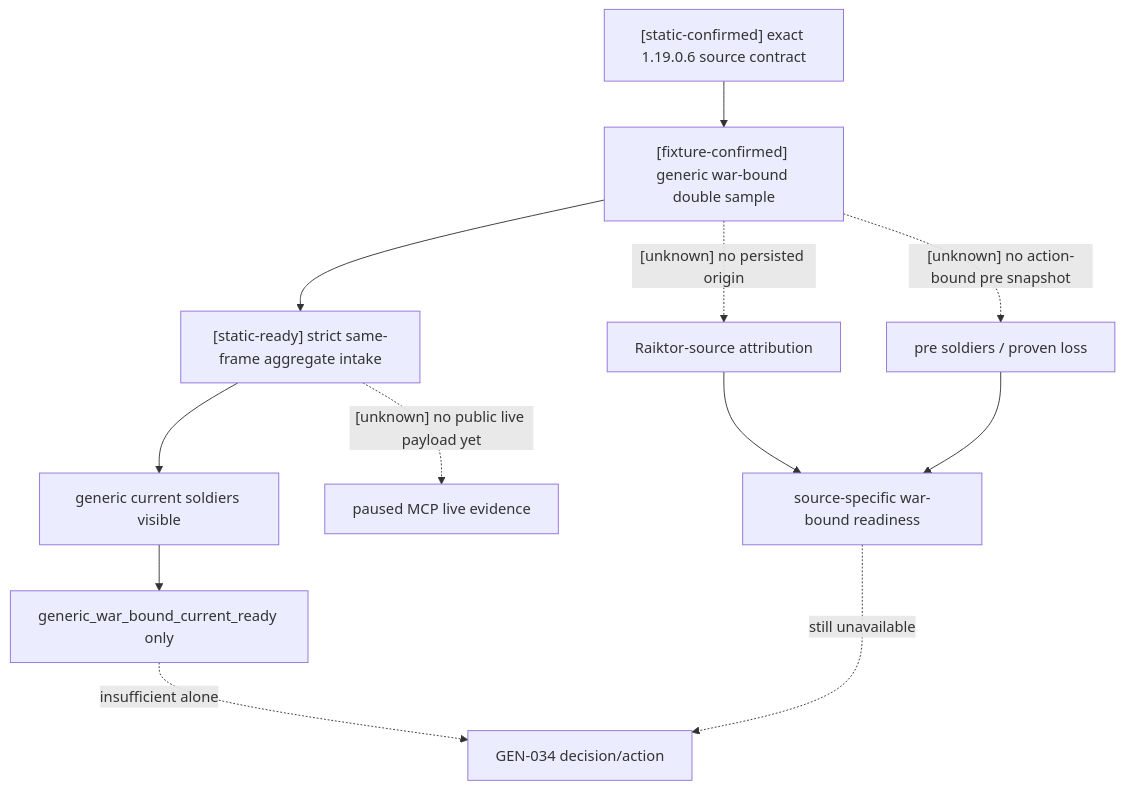
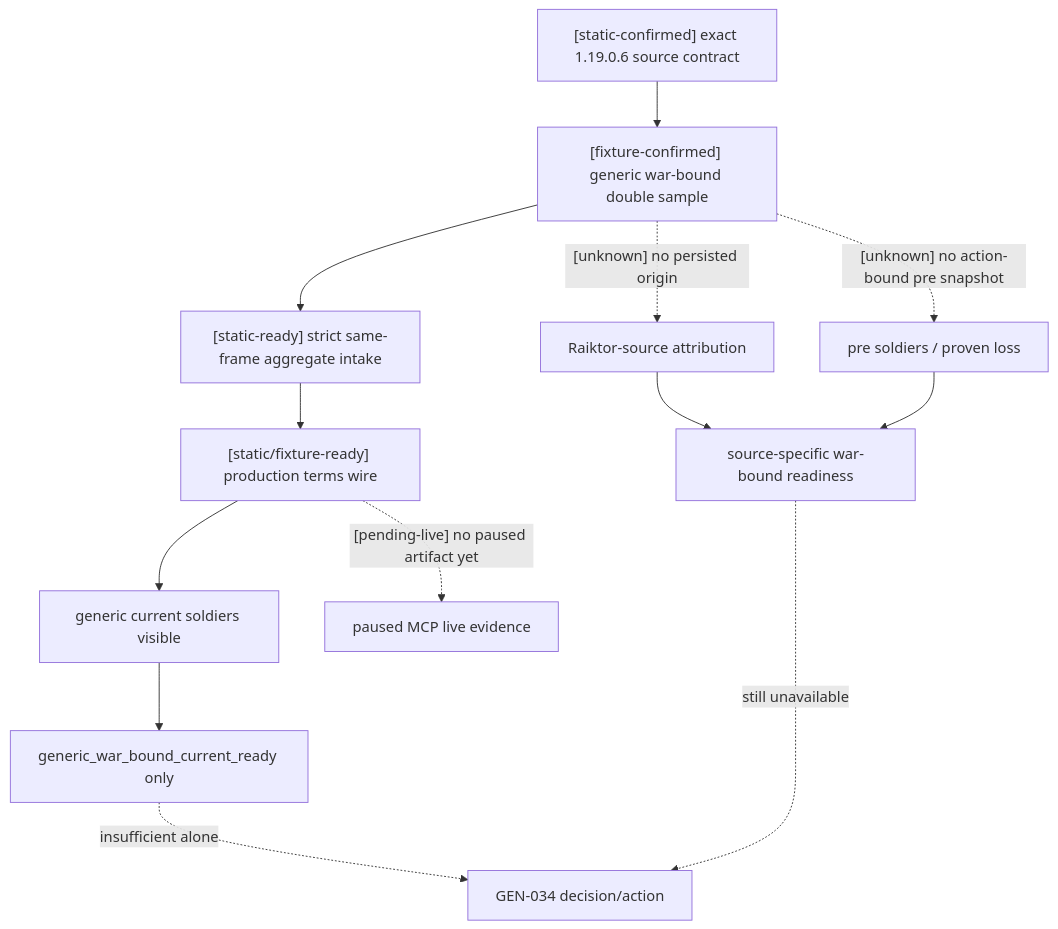
One commit to XenoAmess/ck3_eternal_recurrence changed diagram 17 of 17 in docs/ck3-native-ai/war-termination.md. Above: the diagram before and after it, drawn with Mermaid. The commit also changed other lines of this file and 12 other files, not shown here.

Commit message:
Publish generic war-bound current state

````diff
--- a/docs/ck3-native-ai/war-termination.md
+++ b/docs/ck3-native-ai/war-termination.md
@@ -2272,14 +2272,15 @@
 ```mermaid
 flowchart TD
     S["[static-confirmed] exact 1.19.0.6 source contract"] --> G["[fixture-confirmed] generic war-bound double sample"]
     G --> I["[static-ready] strict same-frame aggregate intake"]
-    I --> V["generic current soldiers visible"]
-    I -. "[unknown] no public live payload yet" .-> L["paused MCP live evidence"]
+    I --> Q["[static/fixture-ready] production terms wire"]
+    Q --> V["generic current soldiers visible"]
+    Q -. "[pending-live] no paused artifact yet" .-> L["paused MCP live evidence"]
     G -. "[unknown] no persisted origin" .-> A["Raiktor-source attribution"]
     G -. "[unknown] no action-bound pre snapshot" .-> P["pre soldiers / proven loss"]
     V --> R["generic_war_bound_current_ready only"]
     A --> X["source-specific war-bound readiness"]
     P --> X
     R -. "insufficient alone" .-> D["GEN-034 decision/action"]
     X -. "still unavailable" .-> D
 ```
````
